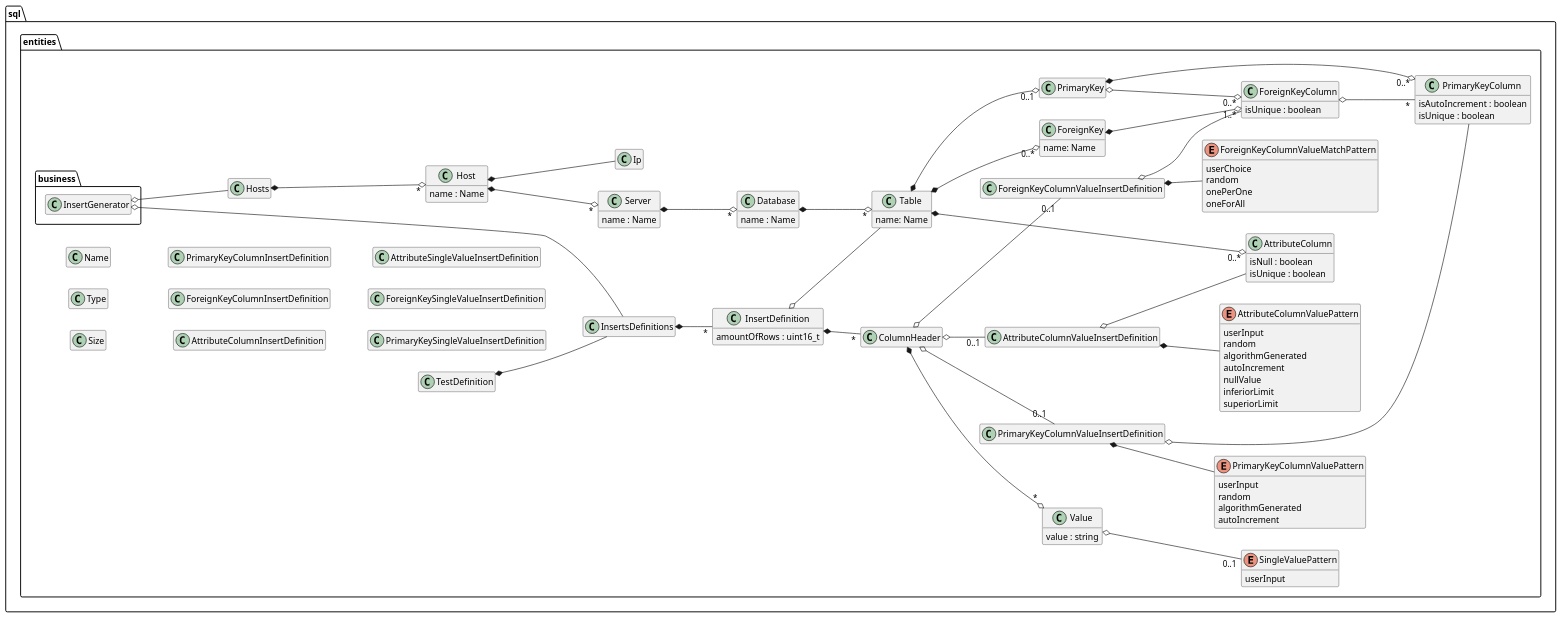
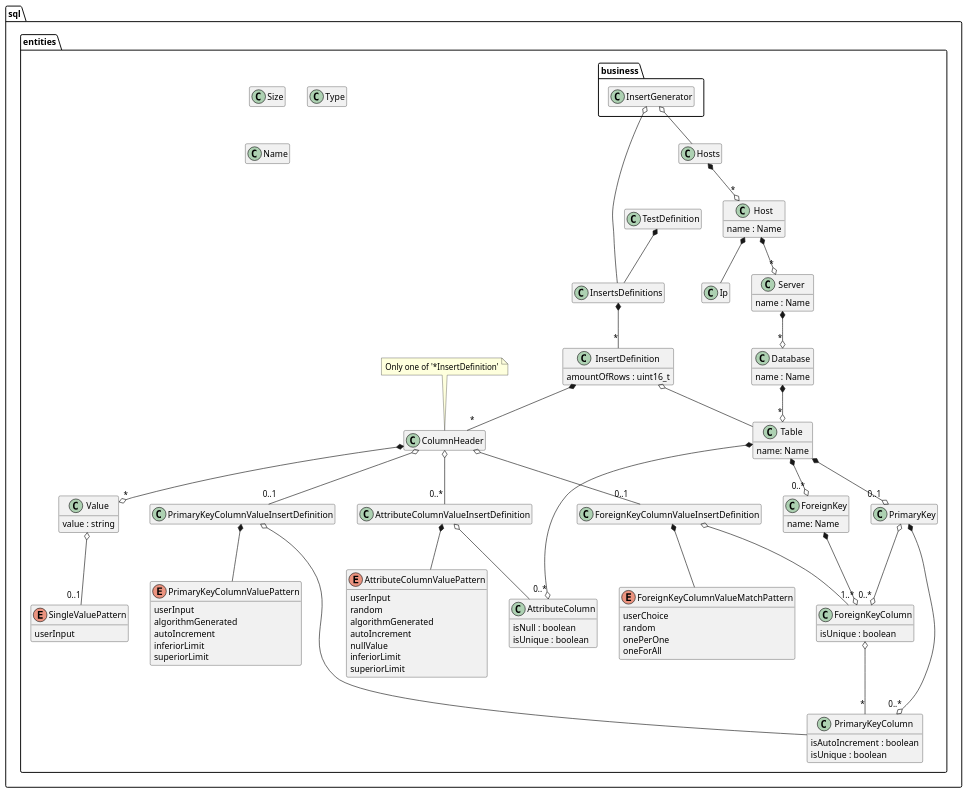
Before and after one commit to rodrigocanellas/tenacitas: the diagram in code/sql/documents/sql_1.plantuml, drawn with PlantUML. The commit also changed 29 other files, not shown here.

```diff
--- a/code/sql/documents/sql_1.plantuml
+++ b/code/sql/documents/sql_1.plantuml
@@ -1,158 +1,153 @@
 @startuml
+
+set namespaceSeparator ::
 
 hide empty members
 allow_mixing
-left to right direction
+'left to right direction
 
 namespace  sql {
 
 namespace entities {
 class Size
 class Type
 class Name
 
 class AttributeColumn  {
 	isNull : boolean
 	isUnique : boolean
 }
 
 class PrimaryKey
 
 class PrimaryKeyColumn  {
 	isAutoIncrement : boolean
 	isUnique : boolean
 }
 
 class ForeignKeyColumn  {
 	isUnique : boolean
 }
 
 class Table  {
 	name: Name
 }
 
 
 class ForeignKey  {
 	name: Name
 }
 
 class Database {
 	name : Name
 }
 
 class Ip
 
 class Host {
 	name : Name
 }
 
 class Server {
 	name : Name
 }
 
 class InsertsDefinitions 
 
 class InsertDefinition {
 	amountOfRows : uint16_t
 }
 
-class AttributeColumnInsertDefinition
-class ForeignKeyColumnInsertDefinition
-class PrimaryKeyColumnInsertDefinition
-
-
 enum AttributeColumnValuePattern {
 	userInput
 	random
 	algorithmGenerated
 	autoIncrement
 	nullValue
 	inferiorLimit
 	superiorLimit 
 }
 
 enum PrimaryKeyColumnValuePattern {
 	userInput
-	random
 	algorithmGenerated
 	autoIncrement	 
+	inferiorLimit
+	superiorLimit 
 }
 
 enum ForeignKeyColumnValueMatchPattern {
 	userChoice
 	random
 	onePerOne
 	oneForAll
 }
 
 
-class PrimaryKeySingleValueInsertDefinition
-class ForeignKeySingleValueInsertDefinition
-class AttributeSingleValueInsertDefinition
-
 enum SingleValuePattern {
 	userInput
 }
 
 class Value {
 	value : string
 }
 
 class ColumnHeader
+note top: Only one of '*InsertDefinition'
 class TestDefinition
 
 
 TestDefinition *-- InsertsDefinitions
 
 
 
 Table  *--o "0..*" AttributeColumn
 Table  *--o "0..1" PrimaryKey 
 Table  *--o "0..*" ForeignKey
 
 PrimaryKey *--o "0..*" PrimaryKeyColumn 
 PrimaryKey o--o "0..*" ForeignKeyColumn
 
 ForeignKey  *--o "1..*" ForeignKeyColumn 
 
 ForeignKeyColumn o-- "*" PrimaryKeyColumn 
 
 Database *--o "*" Table
 Host *--o "*" Server
 Host *-- Ip
 Server *--o "*" Database
 
 Hosts *--o "*" Host
 
 InsertsDefinitions *-- "*" InsertDefinition
 
 InsertDefinition *-- "*" ColumnHeader
 InsertDefinition o-- Table
 
 AttributeColumnValueInsertDefinition *-- AttributeColumnValuePattern
 AttributeColumnValueInsertDefinition o-- AttributeColumn 
 
 PrimaryKeyColumnValueInsertDefinition *-- PrimaryKeyColumnValuePattern
 PrimaryKeyColumnValueInsertDefinition o-- PrimaryKeyColumn
 
 ForeignKeyColumnValueInsertDefinition *-- ForeignKeyColumnValueMatchPattern
 ForeignKeyColumnValueInsertDefinition o-- ForeignKeyColumn
 
 ColumnHeader *--o  "*" Value
 ColumnHeader o-- "0..1" PrimaryKeyColumnValueInsertDefinition
 ColumnHeader o-- "0..1" ForeignKeyColumnValueInsertDefinition
-ColumnHeader o-- "0..1" AttributeColumnValueInsertDefinition
+ColumnHeader o-- "0..*" AttributeColumnValueInsertDefinition
 
 
 Value o-- "0..1" SingleValuePattern
 
 namespace business {
 class InsertGenerator
 
-InsertGenerator o-- sql.entities.InsertsDefinitions
-InsertGenerator o-- sql.entities.Hosts
+InsertGenerator o-- sql::entities::InsertsDefinitions
+InsertGenerator o-- sql::entities::Hosts
 }
 }
 
 
 @enduml
```
